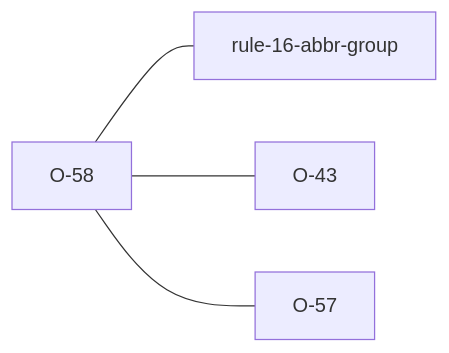
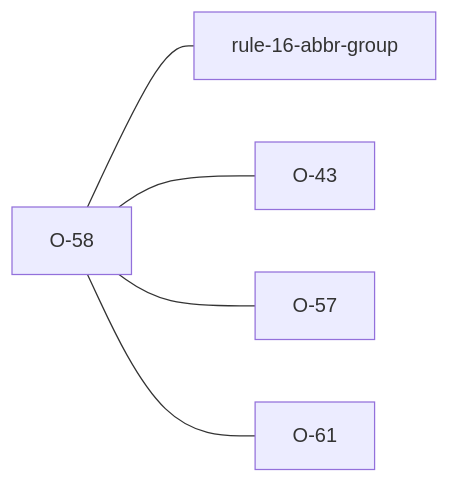
Before and after one commit to niko86/laterite: the diagram in ags-wiki/observations/O-58.md, drawn with Mermaid. The commit also changed other lines of this file and 78 other files, not shown here.

````diff
--- a/ags-wiki/observations/O-58.md
+++ b/ags-wiki/observations/O-58.md
@@ -36,6 +36,7 @@
 ```mermaid
 graph LR
   O_58["O-58"] --- R16["rule-16-abbr-group"]
   O_58 --- O_43["O-43"]
   O_58 --- O_57["O-57"]
+  O_58 --- O_61["O-61"]
 ```
````
